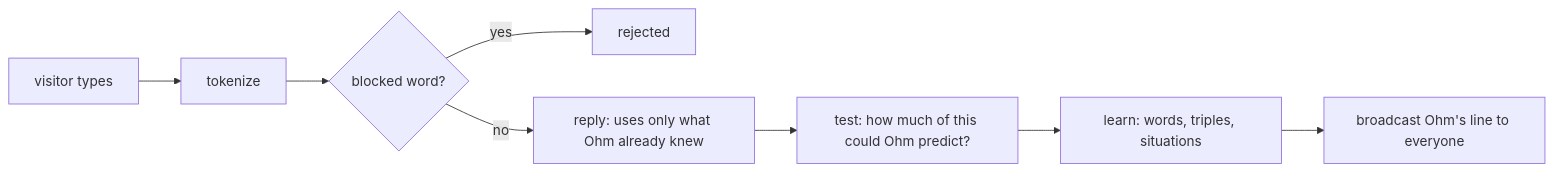
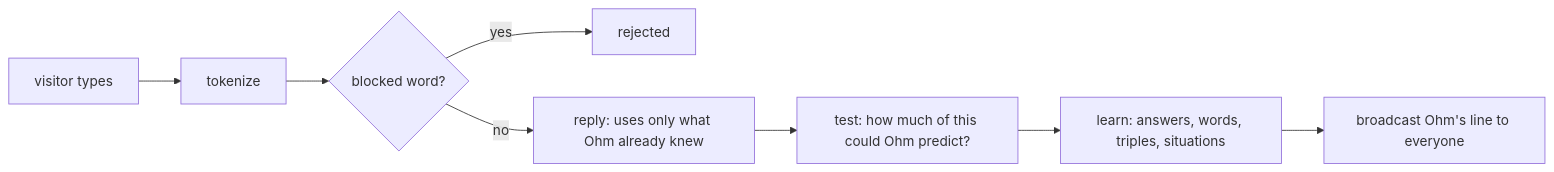
The diagram in README.md (t4magoro/ohm-api), drawn with Mermaid before and after one commit. The commit also changed other lines of this file and 10 other files, not shown here.

````diff
--- a/README.md
+++ b/README.md
@@ -70,10 +67,10 @@
 ```mermaid
 flowchart LR
   A[visitor types] --> B[tokenize]
   B --> C{blocked word?}
   C -- yes --> X[rejected]
   C -- no --> D[reply: uses only what Ohm already knew]
   D --> E[test: how much of this could Ohm predict?]
-  E --> F[learn: words, triples, situations]
+  E --> F[learn: answers, words, triples, situations]
   F --> G[broadcast Ohm's line to everyone]
 ```
````
